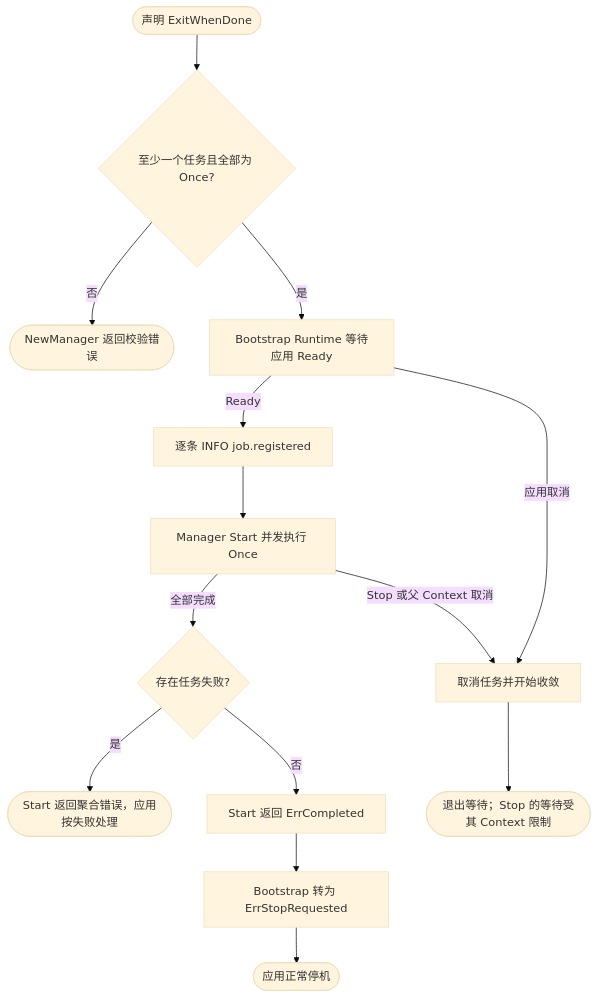
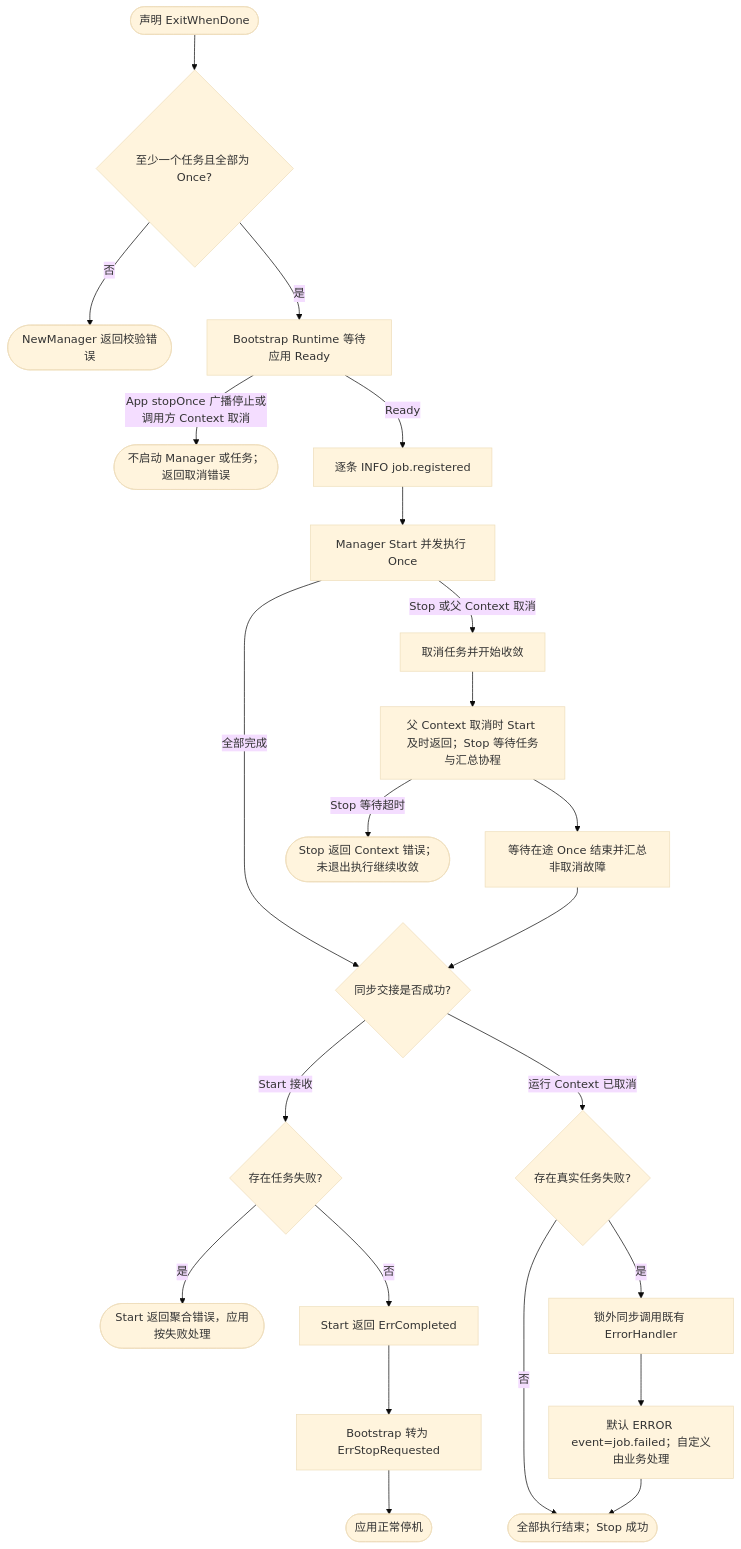
The third of 6 diagrams in pkg/job/README.md (jaggerzhuang1994/kratos-foundation), drawn with Mermaid (base theme) before and after one commit. The commit also changed other lines of this file and 204 other files, not shown here.

````diff
--- a/pkg/job/README.md
+++ b/pkg/job/README.md
@@ -153,16 +157,25 @@
 ```mermaid
 flowchart TD
     A([声明 ExitWhenDone]) --> B{至少一个任务且全部为 Once?}
     B -- 否 --> C([NewManager 返回校验错误])
     B -- 是 --> BA[Bootstrap Runtime 等待应用 Ready]
-    BA -- 应用取消 --> J
+    BA -- App stopOnce 广播停止或调用方 Context 取消 --> BW([不启动 Manager 或任务；返回取消错误])
     BA -- Ready --> BB[逐条 INFO job.registered]
     BB --> D[Manager Start 并发执行 Once]
-    D -- 全部完成 --> E{存在任务失败?}
+    D -- 全部完成 --> Q{同步交接是否成功?}
+    Q -- Start 接收 --> E{存在任务失败?}
     E -- 是 --> F([Start 返回聚合错误，应用按失败处理])
     E -- 否 --> G[Start 返回 ErrCompleted]
     G --> H[Bootstrap 转为 ErrStopRequested]
     H --> I([应用正常停机])
     D -- Stop 或父 Context 取消 --> J[取消任务并开始收敛]
-    J --> K([退出等待；Stop 的等待受其 Context 限制])
+    J --> JS[父 Context 取消时 Start 及时返回；Stop 等待任务与汇总协程]
+    JS --> JA[等待在途 Once 结束并汇总非取消故障]
+    JA --> Q
+    Q -- 运行 Context 已取消 --> R{存在真实任务失败?}
+    R -- 是 --> RH[锁外同步调用既有 ErrorHandler]
+    RH --> RL[默认 ERROR event=job.failed；自定义由业务处理]
+    R -- 否 --> K([全部执行结束；Stop 成功])
+    RL --> K
+    JS -- Stop 等待超时 --> KT([Stop 返回 Context 错误；未退出执行继续收敛])
 ```
````
